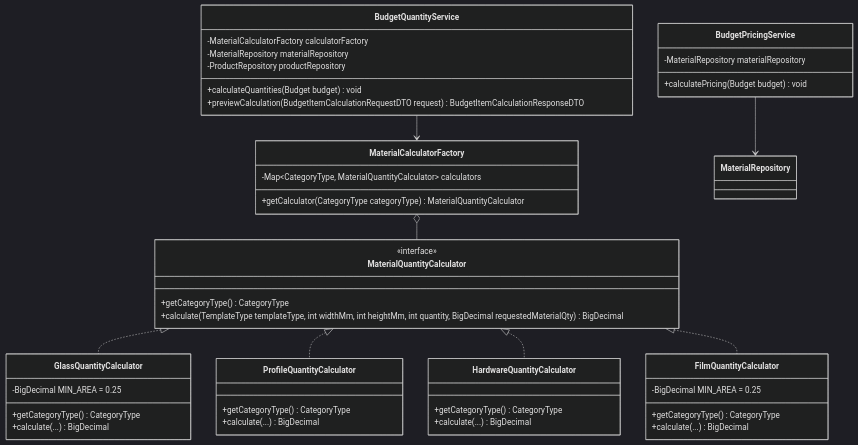
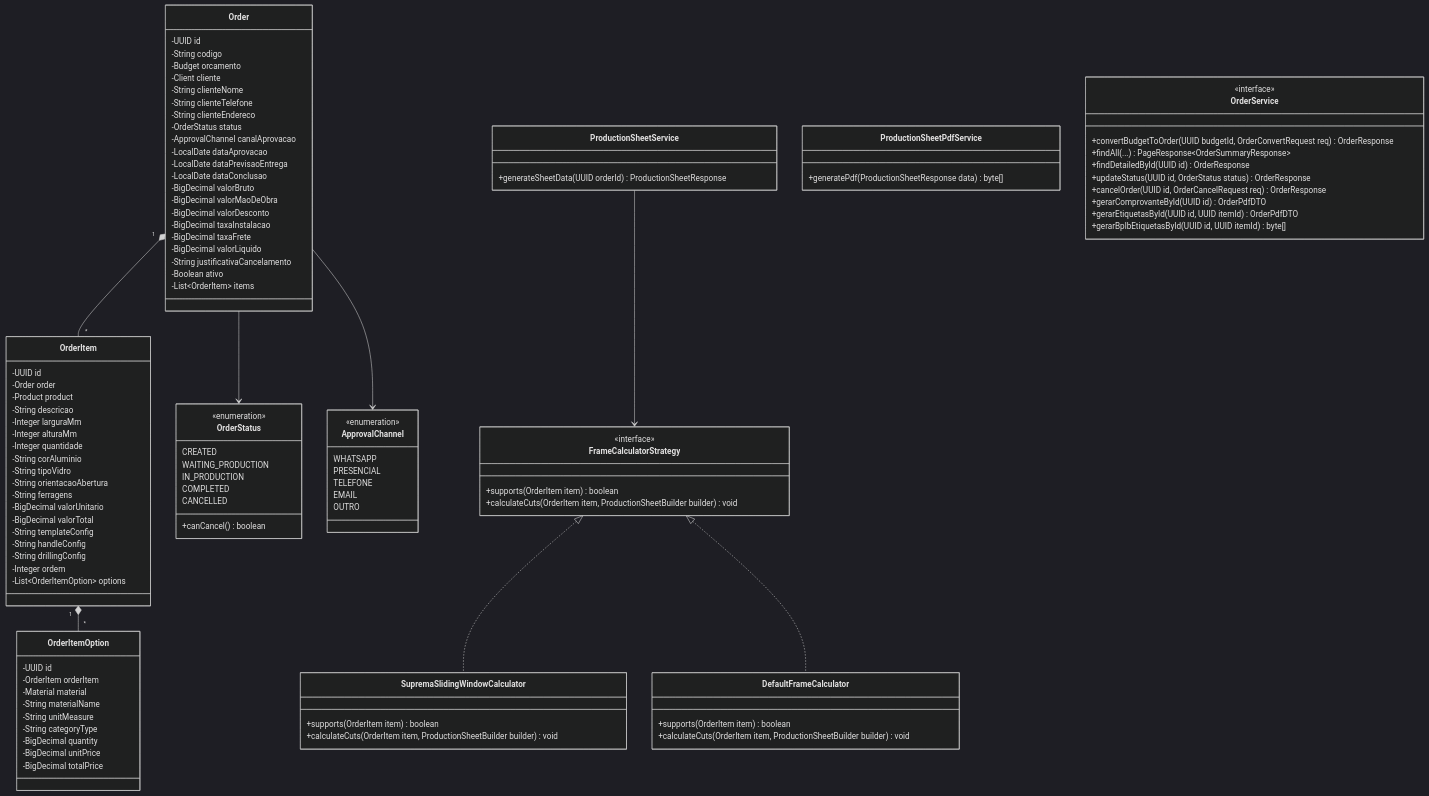
Before and after one commit to ADS-IFPB-SR/alumigest: the second of 5 diagrams in docs/sistema/001-analise-projeto/DCC-Diagramas_de_Classes.md, drawn with Mermaid (dark theme). The commit also changed other lines of this file and 33 other files, not shown here.

````diff
--- a/docs/sistema/001-analise-projeto/DCC-Diagramas_de_Classes.md
+++ b/docs/sistema/001-analise-projeto/DCC-Diagramas_de_Classes.md
@@ -213,56 +152,122 @@
 ```mermaid
 classDiagram
-    class MaterialQuantityCalculator {
-        <<interface>>
-        +getCategoryType() CategoryType
-        +calculate(TemplateType templateType, int widthMm, int heightMm, int quantity, BigDecimal requestedMaterialQty) BigDecimal
+    class Order {
+        -UUID id
+        -String codigo
+        -Budget orcamento
+        -Client cliente
+        -String clienteNome
+        -String clienteTelefone
+        -String clienteEndereco
+        -OrderStatus status
+        -ApprovalChannel canalAprovacao
+        -LocalDate dataAprovacao
+        -LocalDate dataPrevisaoEntrega
+        -LocalDate dataConclusao
+        -BigDecimal valorBruto
+        -BigDecimal valorMaoDeObra
+        -BigDecimal valorDesconto
+        -BigDecimal taxaInstalacao
+        -BigDecimal taxaFrete
+        -BigDecimal valorLiquido
+        -String justificativaCancelamento
+        -Boolean ativo
+        -List~OrderItem~ items
     }
 
-    class GlassQuantityCalculator {
-        -BigDecimal MIN_AREA = 0.25
-        +getCategoryType() CategoryType
-        +calculate(...) BigDecimal
+    class OrderItem {
+        -UUID id
+        -Order order
+        -Product product
+        -String descricao
+        -Integer larguraMm
+        -Integer alturaMm
+        -Integer quantidade
+        -String corAluminio
+        -String tipoVidro
+        -String orientacaoAbertura
+        -String ferragens
+        -BigDecimal valorUnitario
+        -BigDecimal valorTotal
+        -String templateConfig
+        -String handleConfig
+        -String drillingConfig
+        -Integer ordem
+        -List~OrderItemOption~ options
     }
 
-    class ProfileQuantityCalculator {
-        +getCategoryType() CategoryType
-        +calculate(...) BigDecimal
+    class OrderItemOption {
+        -UUID id
+        -OrderItem orderItem
+        -Material material
+        -String materialName
+        -String unitMeasure
+        -String categoryType
+        -BigDecimal quantity
+        -BigDecimal unitPrice
+        -BigDecimal totalPrice
     }
 
-    class HardwareQuantityCalculator {
-        +getCategoryType() CategoryType
-        +calculate(...) BigDecimal
+    class OrderStatus {
+        <<enumeration>>
+        CREATED
+        WAITING_PRODUCTION
+        IN_PRODUCTION
+        COMPLETED
+        CANCELLED
+        +canCancel() boolean
     }
 
-    class FilmQuantityCalculator {
-        -BigDecimal MIN_AREA = 0.25
-        +getCategoryType() CategoryType
-        +calculate(...) BigDecimal
+    class ApprovalChannel {
+        <<enumeration>>
+        WHATSAPP
+        PRESENCIAL
+        TELEFONE
+        EMAIL
+        OUTRO
     }
 
-    class MaterialCalculatorFactory {
-        -Map~CategoryType, MaterialQuantityCalculator~ calculators
-        +getCalculator(CategoryType categoryType) MaterialQuantityCalculator
+    class FrameCalculatorStrategy {
+        <<interface>>
+        +supports(OrderItem item) boolean
+        +calculateCuts(OrderItem item, ProductionSheetBuilder builder) void
     }
 
-    class BudgetQuantityService {
-        -MaterialCalculatorFactory calculatorFactory
-        -MaterialRepository materialRepository
-        -ProductRepository productRepository
-        +calculateQuantities(Budget budget) void
-        +previewCalculation(BudgetItemCalculationRequestDTO request) BudgetItemCalculationResponseDTO
+    class SupremaSlidingWindowCalculator {
+        +supports(OrderItem item) boolean
+        +calculateCuts(OrderItem item, ProductionSheetBuilder builder) void
     }
 
-    class BudgetPricingService {
-        -MaterialRepository materialRepository
-        +calculatePricing(Budget budget) void
+    class DefaultFrameCalculator {
+        +supports(OrderItem item) boolean
+        +calculateCuts(OrderItem item, ProductionSheetBuilder builder) void
     }
 
-    MaterialQuantityCalculator <|.. GlassQuantityCalculator
-    MaterialQuantityCalculator <|.. ProfileQuantityCalculator
-    MaterialQuantityCalculator <|.. HardwareQuantityCalculator
-    MaterialQuantityCalculator <|.. FilmQuantityCalculator
-    MaterialCalculatorFactory o-- MaterialQuantityCalculator
-    BudgetQuantityService --> MaterialCalculatorFactory
-    BudgetPricingService --> MaterialRepository
+    class ProductionSheetService {
+        +generateSheetData(UUID orderId) ProductionSheetResponse
+    }
+
+    class ProductionSheetPdfService {
+        +generatePdf(ProductionSheetResponse data) byte[]
+    }
+
+    class OrderService {
+        <<interface>>
+        +convertBudgetToOrder(UUID budgetId, OrderConvertRequest req) OrderResponse
+        +findAll(...) PageResponse~OrderSummaryResponse~
+        +findDetailedById(UUID id) OrderResponse
+        +updateStatus(UUID id, OrderStatus status) OrderResponse
+        +cancelOrder(UUID id, OrderCancelRequest req) OrderResponse
+        +gerarComprovanteById(UUID id) OrderPdfDTO
+        +gerarEtiquetasById(UUID id, UUID itemId) OrderPdfDTO
+        +gerarBplbEtiquetasById(UUID id, UUID itemId) byte[]
+    }
+
+    Order "1" *-- "*" OrderItem
+    OrderItem "1" *-- "*" OrderItemOption
+    Order --> OrderStatus
+    Order --> ApprovalChannel
+    FrameCalculatorStrategy <|.. SupremaSlidingWindowCalculator
+    FrameCalculatorStrategy <|.. DefaultFrameCalculator
+    ProductionSheetService --> FrameCalculatorStrategy
 ```
````
